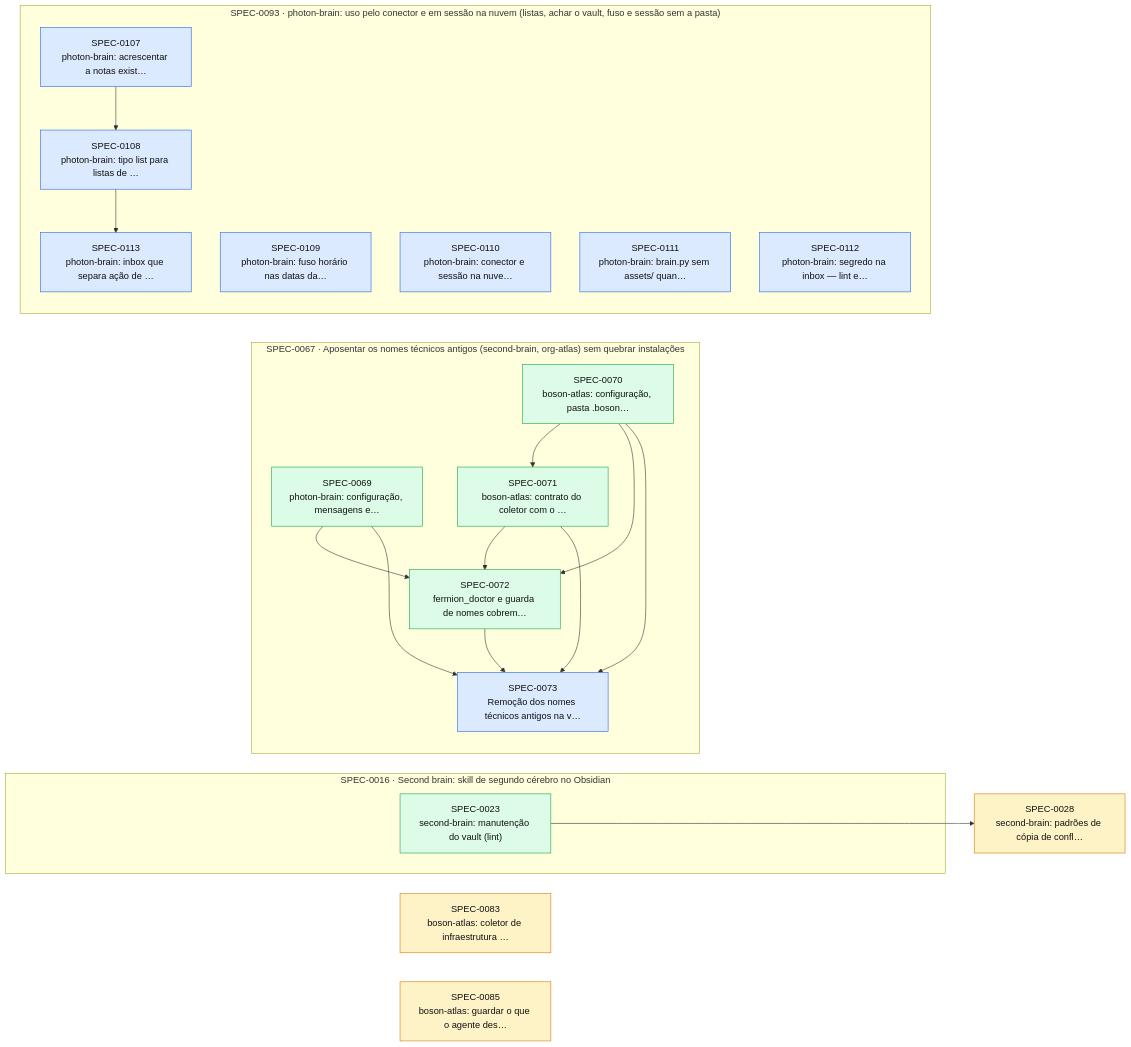
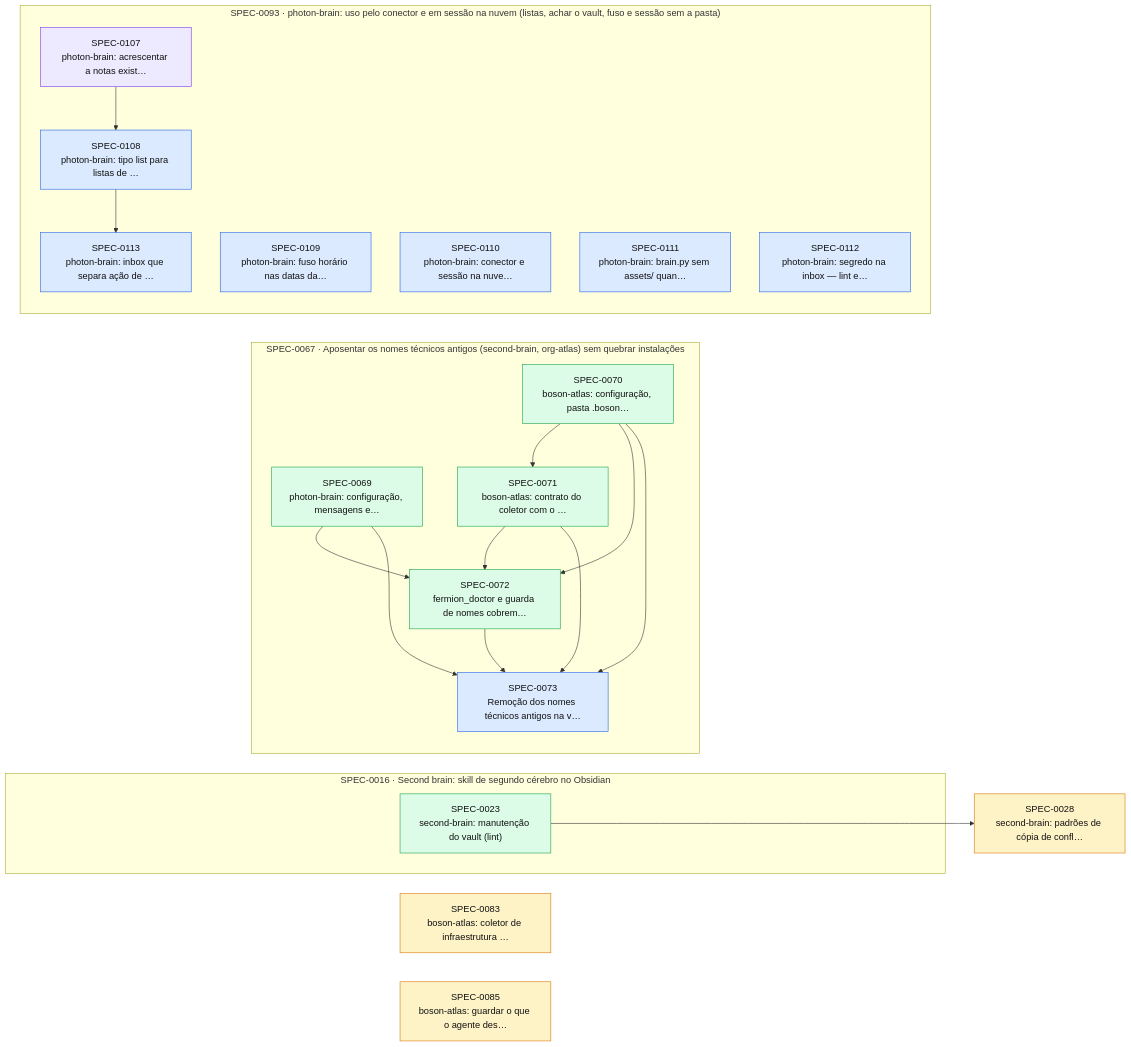
Before and after one commit to thomasravache/ai-dev-brain: the diagram in docs/specs/INDEX.md, drawn with Mermaid. The commit also changed other lines of this file and 2 other files, not shown here.

First line of the commit message:
docs(specs): inicia a SPEC-0107

````diff
--- a/docs/specs/INDEX.md
+++ b/docs/specs/INDEX.md
@@ -72,41 +72,41 @@
 ```mermaid
 flowchart LR
   S0028["SPEC-0028<br/>second-brain: padrões de cópia de confl…"]:::proposed
   S0083["SPEC-0083<br/>boson-atlas: coletor de infraestrutura …"]:::proposed
   S0085["SPEC-0085<br/>boson-atlas: guardar o que o agente des…"]:::proposed
   subgraph E0016["SPEC-0016 · Second brain: skill de segundo cérebro no Obsidian"]
     S0023["SPEC-0023<br/>second-brain: manutenção do vault (lint)"]:::implemented
   end
   subgraph E0067["SPEC-0067 · Aposentar os nomes técnicos antigos (second-brain, org-atlas) sem quebrar instalações"]
     S0069["SPEC-0069<br/>photon-brain: configuração, mensagens e…"]:::implemented
     S0070["SPEC-0070<br/>boson-atlas: configuração, pasta .boson…"]:::implemented
     S0071["SPEC-0071<br/>boson-atlas: contrato do coletor com o …"]:::implemented
     S0072["SPEC-0072<br/>fermion_doctor e guarda de nomes cobrem…"]:::implemented
     S0073["SPEC-0073<br/>Remoção dos nomes técnicos antigos na v…"]:::approved
   end
   subgraph E0093["SPEC-0093 · photon-brain: uso pelo conector e em sessão na nuvem (listas, achar o vault, fuso e sessão sem a pasta)"]
-    S0107["SPEC-0107<br/>photon-brain: acrescentar a notas exist…"]:::approved
+    S0107["SPEC-0107<br/>photon-brain: acrescentar a notas exist…"]:::inprogress
     S0108["SPEC-0108<br/>photon-brain: tipo list para listas de …"]:::approved
     S0109["SPEC-0109<br/>photon-brain: fuso horário nas datas da…"]:::approved
     S0110["SPEC-0110<br/>photon-brain: conector e sessão na nuve…"]:::approved
     S0111["SPEC-0111<br/>photon-brain: brain.py sem assets/ quan…"]:::approved
     S0112["SPEC-0112<br/>photon-brain: segredo na inbox — lint e…"]:::approved
     S0113["SPEC-0113<br/>photon-brain: inbox que separa ação de …"]:::approved
   end
   S0023 --> S0028
   S0070 --> S0071
   S0069 --> S0072
   S0070 --> S0072
   S0071 --> S0072
   S0069 --> S0073
   S0070 --> S0073
   S0071 --> S0073
   S0072 --> S0073
   S0107 --> S0108
   S0108 --> S0113
   classDef proposed fill:#fef3c7,stroke:#d97706,color:#111
   classDef approved fill:#dbeafe,stroke:#2563eb,color:#111
   classDef inprogress fill:#ede9fe,stroke:#7c3aed,color:#111
   classDef implemented fill:#dcfce7,stroke:#16a34a,color:#111
   classDef deprecated fill:#f3f4f6,stroke:#9ca3af,color:#6b7280
 ```
````
